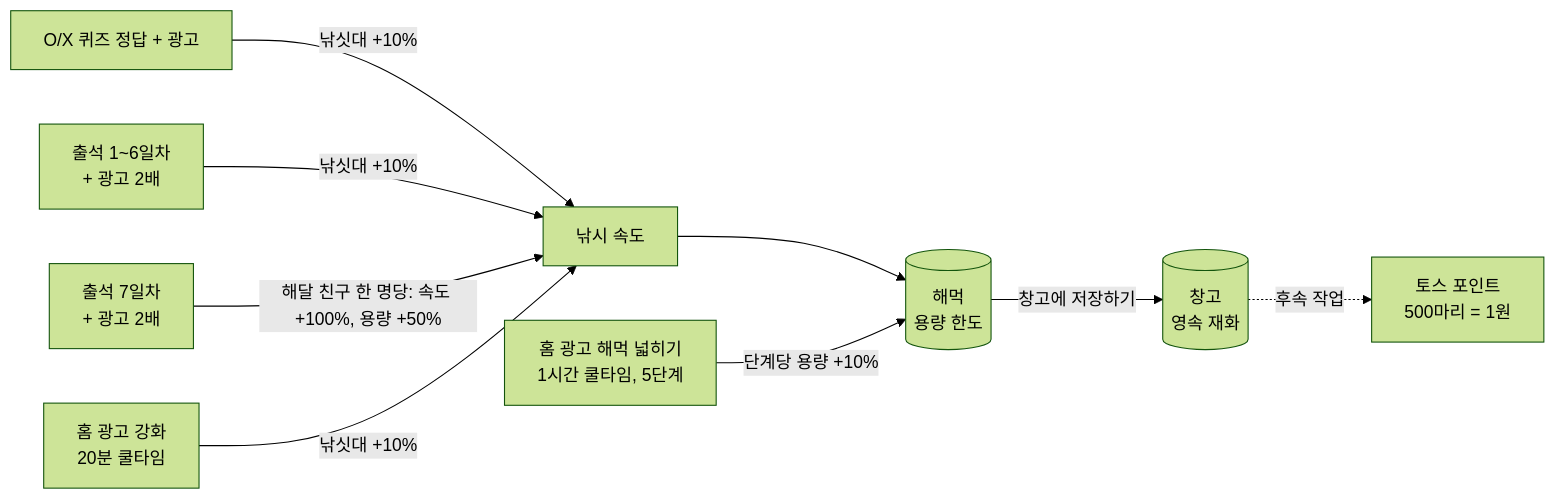
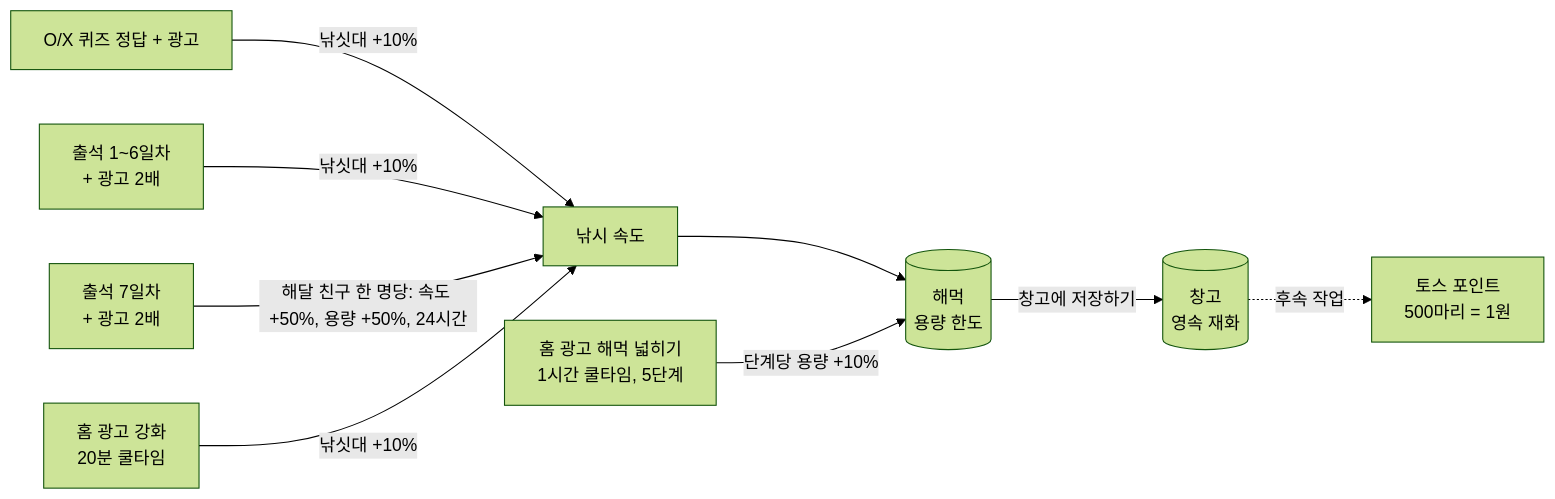
One commit to toss-minigame/haedalpoint changed the first of 7 diagrams in docs/design/fishing-sequence.md. Above: the diagram before and after it, drawn with Mermaid (forest theme). The commit also changed other lines of this file and 32 other files, not shown here.

````diff
--- a/docs/design/fishing-sequence.md
+++ b/docs/design/fishing-sequence.md
@@ -11,11 +11,11 @@
 ```mermaid
 flowchart LR
     Q[O/X 퀴즈 정답 + 광고] -->|낚싯대 +10%| R[낚시 속도]
     C[출석 1~6일차<br/>+ 광고 2배] -->|낚싯대 +10%| R
-    F[출석 7일차<br/>+ 광고 2배] -->|해달 친구 한 명당: 속도 +100%, 용량 +50%| R
+    F[출석 7일차<br/>+ 광고 2배] -->|해달 친구 한 명당: 속도 +50%, 용량 +50%, 24시간| R
     AR[홈 광고 강화<br/>20분 쿨타임] -->|낚싯대 +10%| R
     R --> H[(해먹<br/>용량 한도)]
     AE[홈 광고 해먹 넓히기<br/>1시간 쿨타임, 5단계] -->|단계당 용량 +10%| H
     H -->|창고에 저장하기| W[(창고<br/>영속 재화)]
     W -.->|후속 작업| T[토스 포인트<br/>500마리 = 1원]
 ```
````
